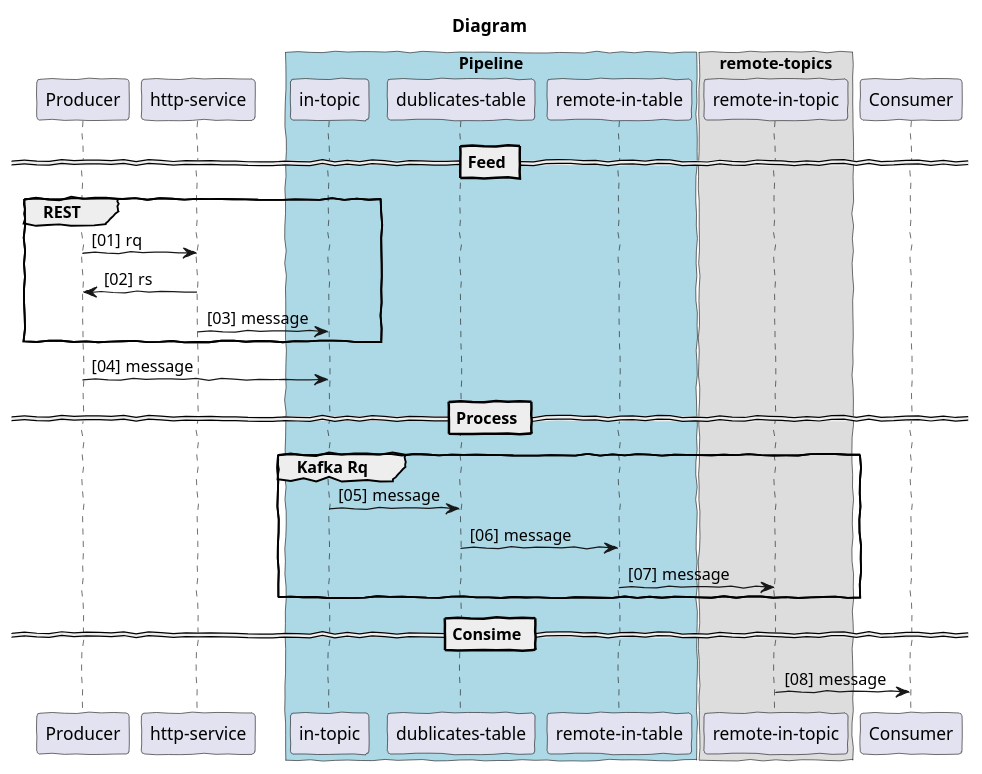
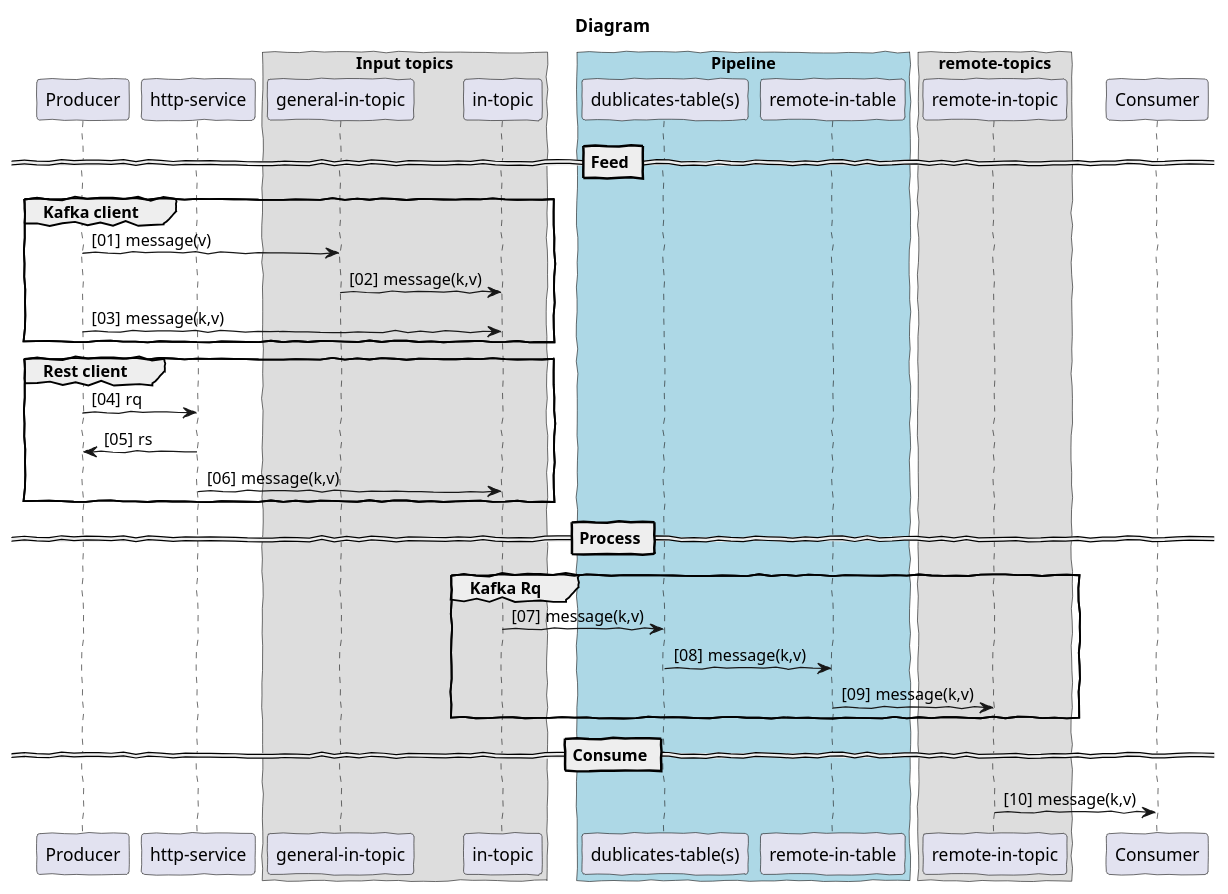
Before and after one commit to vtitov/kafka-pipeline: the diagram in service/src/asciidoctor/integration-daigram.adoc, drawn with PlantUML. The commit also changed 19 other files, not shown here.

```diff
--- a/service/src/asciidoctor/integration-daigram.adoc
+++ b/service/src/asciidoctor/integration-daigram.adoc
@@ -18,38 +18,46 @@
 [plantuml, diagram-classes, png]
 ----
 @startuml
 title Diagram
 skinparam handwritten true
 autonumber "[00]"
 
 participant Producer
     participant "http-service"
+box "Input topics"
+    participant "general-in-topic"
+    participant "in-topic"
+end box
 box "Pipeline" #LightBlue
 'box "Pipeline"
-    participant "in-topic"
-    participant "dublicates-table"
+
+    participant "dublicates-table(s)"
     participant "remote-in-table"
 end box
 box "remote-topics"
     participant "remote-in-topic"
 end box
 participant Consumer
 
 == Feed ==
-group REST
+group Kafka client
+"Producer" -> "general-in-topic" : message(v)
+"general-in-topic" -> "in-topic" : message(k,v)
+"Producer" -> "in-topic" : message(k,v)
+end
+group Rest client
 Producer -> "http-service" : rq
 Producer <- "http-service" : rs
-"http-service" -> "in-topic" : message
+"http-service" -> "in-topic" : message(k,v)
 end
-"Producer" -> "in-topic" : message
 == Process ==
 group Kafka Rq
-"in-topic" -> "dublicates-table" : message
-"dublicates-table" -> "remote-in-table" : message
-"remote-in-table" -> "remote-in-topic" : message
+"in-topic" -> "dublicates-table(s)" : message(k,v)
+"dublicates-table(s)" -> "remote-in-table" : message(k,v)
+"remote-in-table" -> "remote-in-topic" : message(k,v)
 end
-== Consime ==
-"Consumer" <- "remote-in-topic" : message
+== Consume ==
+"Consumer" <- "remote-in-topic" : message(k,v)
 
 @enduml
 ----
```
